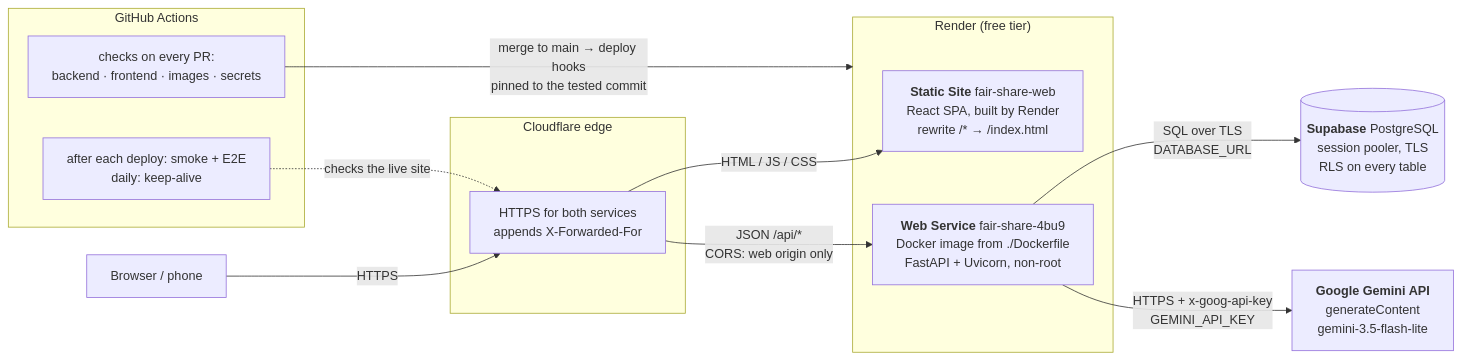
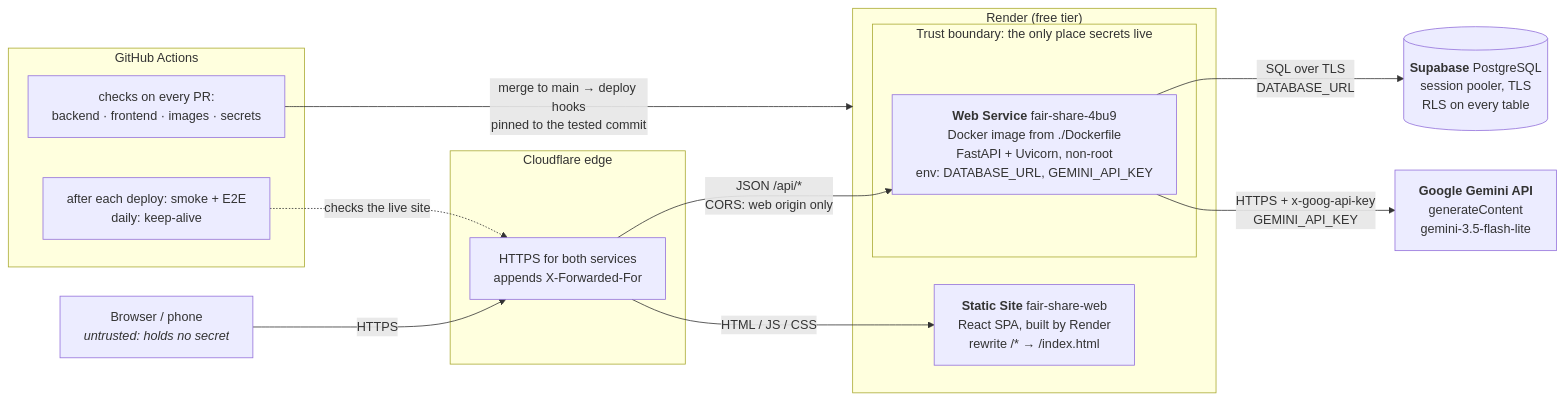
The diagram in docs/diagrams/architecture.mmd (NeitLN/Fair-Share), drawn with Mermaid before and after one commit. The commit also changed 2 other files, not shown here.

Commit message:
docs(diagrams): mark the trust boundary on the architecture diagram
The report template asks for the trust boundary on the diagram: which side the AI key lives on. A box around the API now says it is the only place secrets live (DATABASE_URL, GEMINI_API_KEY as Render env), and the browser is marked as holding no secret. SVG and PNG re-exported with mermaid-cli 11.4.2.

```diff
--- a/docs/diagrams/architecture.mmd
+++ b/docs/diagrams/architecture.mmd
@@ -1,29 +1,31 @@
 %%{init: {"flowchart": {"wrappingWidth": 320}}}%%
 %% Fair-Share in production. Checked against the live services on 22/10/2026 (see docs/diagrams/README.md).
 flowchart LR
-    U["Browser / phone"]
+    U["Browser / phone<br/><i>untrusted: holds no secret</i>"]
 
     subgraph CF["Cloudflare edge"]
         EDGE["HTTPS for both services<br/>appends X-Forwarded-For"]
     end
 
     subgraph Render["Render (free tier)"]
         WEB["<b>Static Site</b> fair-share-web<br/>React SPA, built by Render<br/>rewrite /* → /index.html"]
-        API["<b>Web Service</b> fair-share-4bu9<br/>Docker image from ./Dockerfile<br/>FastAPI + Uvicorn, non-root"]
+        subgraph TRUST["Trust boundary: the only place secrets live"]
+            API["<b>Web Service</b> fair-share-4bu9<br/>Docker image from ./Dockerfile<br/>FastAPI + Uvicorn, non-root<br/>env: DATABASE_URL, GEMINI_API_KEY"]
+        end
     end
 
     DB[("<b>Supabase</b> PostgreSQL<br/>session pooler, TLS<br/>RLS on every table")]
     AI["<b>Google Gemini API</b><br/>generateContent<br/>gemini-3.5-flash-lite"]
 
     subgraph GH["GitHub Actions"]
         CI["checks on every PR:<br/>backend · frontend · images · secrets"]
         POST["after each deploy: smoke + E2E<br/>daily: keep-alive"]
     end
 
     U -- "HTTPS" --> EDGE
     EDGE -- "HTML / JS / CSS" --> WEB
     EDGE -- "JSON /api/*<br/>CORS: web origin only" --> API
     API -- "SQL over TLS<br/>DATABASE_URL" --> DB
     API -- "HTTPS + x-goog-api-key<br/>GEMINI_API_KEY" --> AI
     CI -- "merge to main → deploy hooks<br/>pinned to the tested commit" --> Render
     POST -. "checks the live site" .-> EDGE
```
